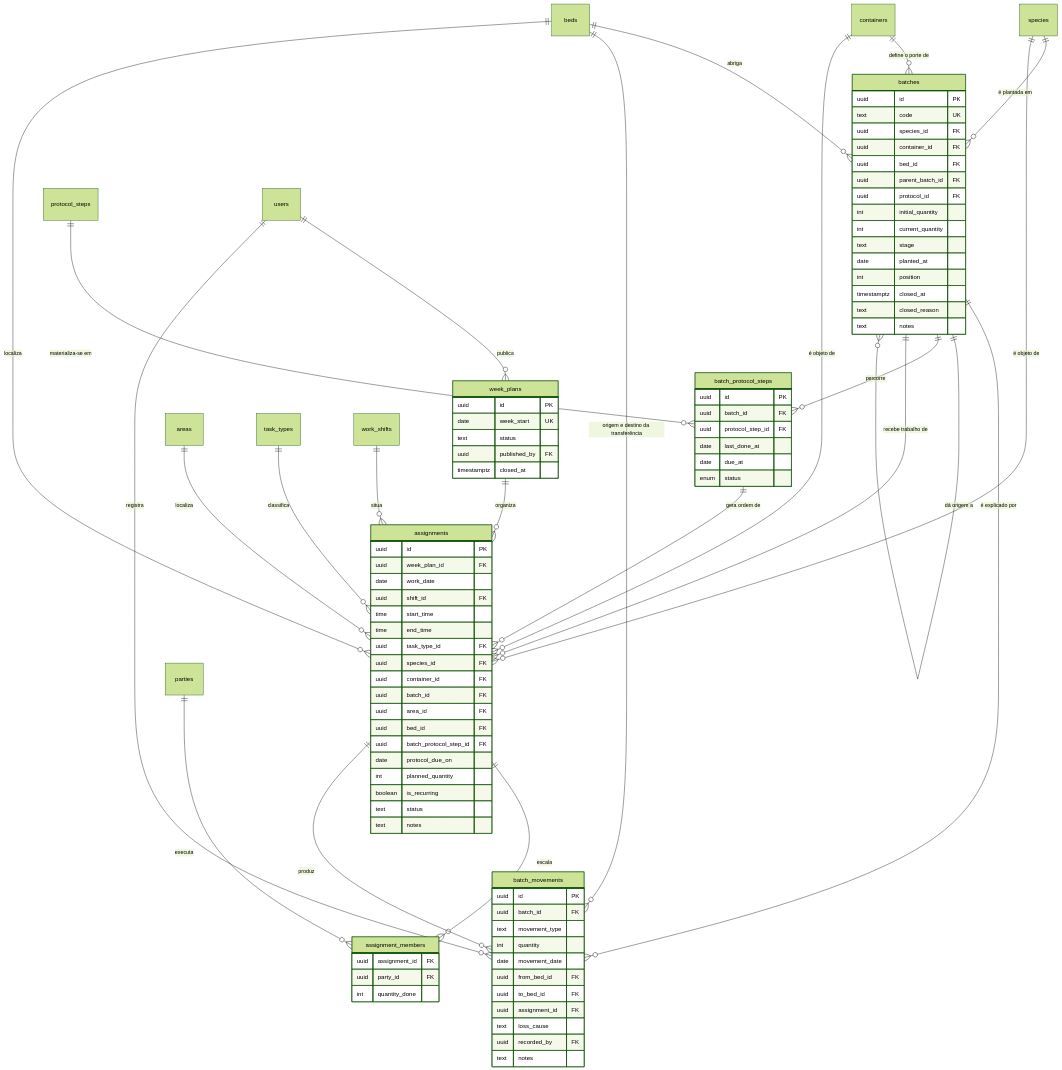
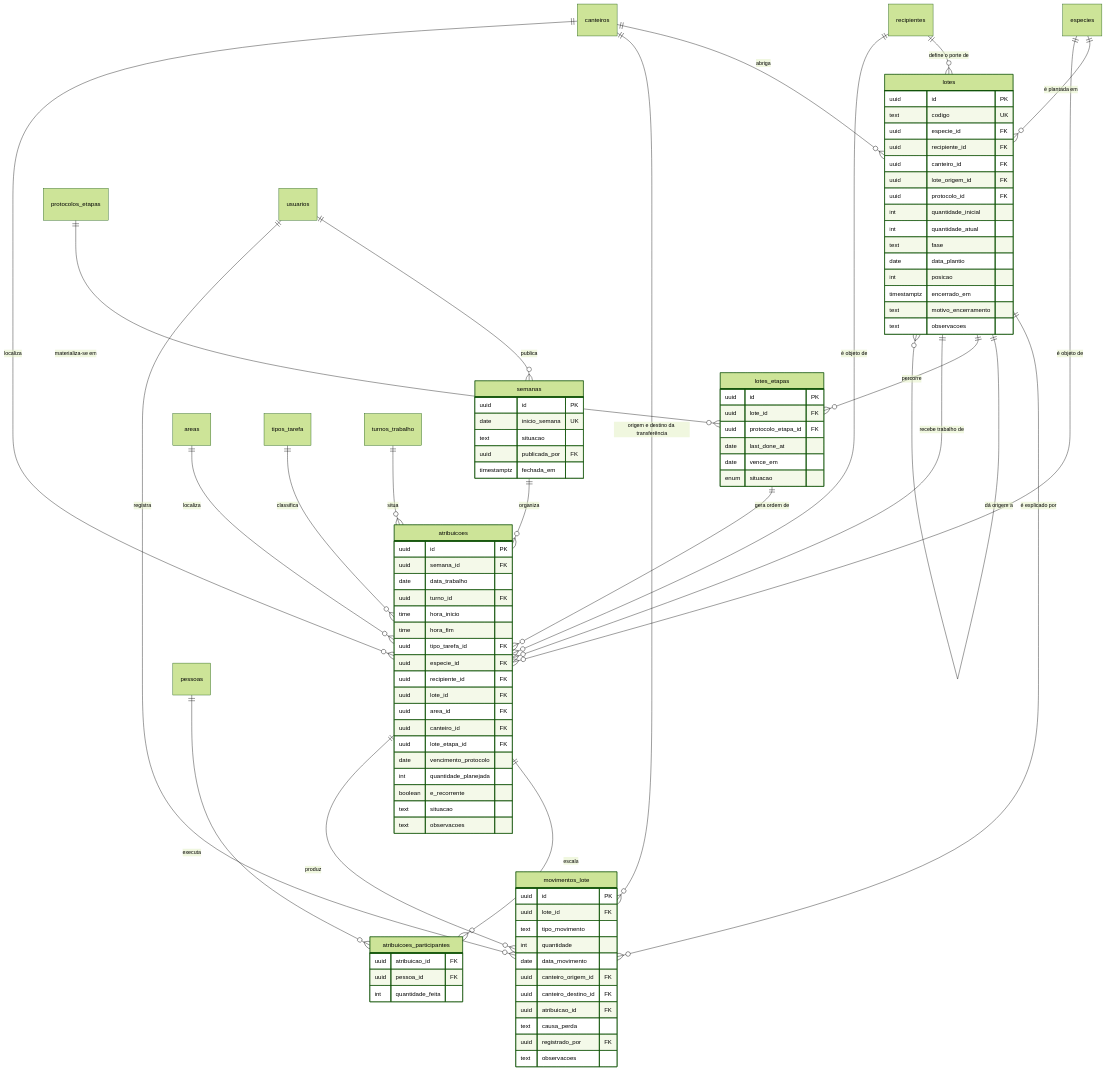
The fourth of 5 diagrams in docs/engenharia/C-modelagem/C6-modelo-entidade-relacionamento.md (JoaoMudar/tcc), drawn with Mermaid (forest theme) before and after one commit. The commit also changed other lines of this file and 46 other files, not shown here.

````diff
--- a/docs/engenharia/C-modelagem/C6-modelo-entidade-relacionamento.md
+++ b/docs/engenharia/C-modelagem/C6-modelo-entidade-relacionamento.md
@@ -454,106 +454,106 @@
 ```mermaid
 erDiagram
-  week_plans {
+  semanas {
     uuid        id PK
-    date        week_start UK
-    text        status
-    uuid        published_by FK
-    timestamptz closed_at
+    date        inicio_semana UK
+    text        situacao
+    uuid        publicada_por FK
+    timestamptz fechada_em 
   }
-  assignments {
+  atribuicoes {
     uuid    id PK
-    uuid    week_plan_id FK
-    date    work_date
-    uuid    shift_id FK
-    time    start_time
-    time    end_time
-    uuid    task_type_id FK
-    uuid    species_id FK
-    uuid    container_id FK
-    uuid    batch_id FK
+    uuid    semana_id FK
+    date    data_trabalho
+    uuid    turno_id FK
+    time    hora_inicio
+    time    hora_fim
+    uuid    tipo_tarefa_id FK
+    uuid    especie_id FK
+    uuid    recipiente_id FK
+    uuid    lote_id FK
     uuid    area_id FK
-    uuid    bed_id FK
-    uuid    batch_protocol_step_id FK
-    date    protocol_due_on
-    int     planned_quantity
-    boolean is_recurring
-    text    status
-    text    notes
+    uuid    canteiro_id FK
+    uuid    lote_etapa_id FK
+    date    vencimento_protocolo
+    int     quantidade_planejada
+    boolean e_recorrente
+    text    situacao
+    text    observacoes
   }
-  assignment_members {
-    uuid assignment_id FK
-    uuid party_id FK
-    int  quantity_done
+  atribuicoes_participantes {
+    uuid atribuicao_id FK
+    uuid pessoa_id FK
+    int  quantidade_feita
   }
-  batches {
+  lotes {
     uuid        id PK
-    text        code UK
-    uuid        species_id FK
-    uuid        container_id FK
-    uuid        bed_id FK
-    uuid        parent_batch_id FK
-    uuid        protocol_id FK
-    int         initial_quantity
-    int         current_quantity
-    text        stage
-    date        planted_at
-    int         position
-    timestamptz closed_at
-    text        closed_reason
-    text        notes
+    text        codigo UK
+    uuid        especie_id FK
+    uuid        recipiente_id FK
+    uuid        canteiro_id FK
+    uuid        lote_origem_id FK
+    uuid        protocolo_id FK
+    int         quantidade_inicial
+    int         quantidade_atual
+    text        fase
+    date        data_plantio
+    int         posicao
+    timestamptz encerrado_em
+    text        motivo_encerramento
+    text        observacoes
   }
-  batch_movements {
+  movimentos_lote {
     uuid id PK
-    uuid batch_id FK
-    text movement_type
-    int  quantity
-    date movement_date
-    uuid from_bed_id FK
-    uuid to_bed_id FK
-    uuid assignment_id FK
-    text loss_cause
-    uuid recorded_by FK
-    text notes
+    uuid lote_id FK
+    text tipo_movimento
+    int  quantidade
+    date data_movimento
+    uuid canteiro_origem_id FK
+    uuid canteiro_destino_id FK
+    uuid atribuicao_id FK
+    text causa_perda
+    uuid registrado_por FK
+    text observacoes
   }
-  batch_protocol_steps {
+  lotes_etapas {
     uuid id PK
-    uuid batch_id FK
-    uuid protocol_step_id FK
+    uuid lote_id FK
+    uuid protocolo_etapa_id FK
     date last_done_at
-    date due_at
-    enum status
+    date vence_em
+    enum situacao
   }
-  species {}
-  containers {}
+  especies {}
+  recipientes {}
   areas {}
-  beds {}
-  task_types {}
-  work_shifts {}
-  parties {}
-  protocol_steps {}
-  users {}
+  canteiros {}
+  tipos_tarefa {}
+  turnos_trabalho {}
+  pessoas {}
+  protocolos_etapas {}
+  usuarios {}
 
-  week_plans ||--o{ assignments        : "organiza"
-  assignments ||--o{ assignment_members : "escala"
-  assignments ||--o{ batch_movements    : "produz"
-  batches    ||--o{ batch_movements    : "é explicado por"
-  batches    ||--o{ batches            : "dá origem a"
-  batches    ||--o{ batch_protocol_steps : "percorre"
-  batches    ||--o{ assignments        : "recebe trabalho de"
-  batch_protocol_steps ||--o{ assignments : "gera ordem de"
+  semanas ||--o{ atribuicoes        : "organiza"
+  atribuicoes ||--o{ atribuicoes_participantes : "escala"
+  atribuicoes ||--o{ movimentos_lote    : "produz"
+  lotes    ||--o{ movimentos_lote    : "é explicado por"
+  lotes    ||--o{ lotes            : "dá origem a"
+  lotes    ||--o{ lotes_etapas : "percorre"
+  lotes    ||--o{ atribuicoes        : "recebe trabalho de"
+  lotes_etapas ||--o{ atribuicoes : "gera ordem de"
 
-  species    ||--o{ batches : "é plantada em"
-  containers ||--o{ batches : "define o porte de"
-  beds       ||--o{ batches : "abriga"
-  beds       ||--o{ batch_movements : "origem e destino da transferência"
-  task_types ||--o{ assignments : "classifica"
-  work_shifts||--o{ assignments : "situa"
-  species    ||--o{ assignments : "é objeto de"
-  containers ||--o{ assignments : "é objeto de"
-  areas      ||--o{ assignments : "localiza"
-  beds       ||--o{ assignments : "localiza"
-  parties    ||--o{ assignment_members : "executa"
-  users      ||--o{ week_plans : "publica"
-  protocol_steps ||--o{ batch_protocol_steps : "materializa-se em"
-  users      ||--o{ batch_movements : "registra"
+  especies    ||--o{ lotes : "é plantada em"
+  recipientes ||--o{ lotes : "define o porte de"
+  canteiros       ||--o{ lotes : "abriga"
+  canteiros       ||--o{ movimentos_lote : "origem e destino da transferência"
+  tipos_tarefa ||--o{ atribuicoes : "classifica"
+  turnos_trabalho||--o{ atribuicoes : "situa"
+  especies    ||--o{ atribuicoes : "é objeto de"
+  recipientes ||--o{ atribuicoes : "é objeto de"
+  areas      ||--o{ atribuicoes : "localiza"
+  canteiros       ||--o{ atribuicoes : "localiza"
+  pessoas    ||--o{ atribuicoes_participantes : "executa"
+  usuarios      ||--o{ semanas : "publica"
+  protocolos_etapas ||--o{ lotes_etapas : "materializa-se em"
+  usuarios      ||--o{ movimentos_lote : "registra"
 ```
````
